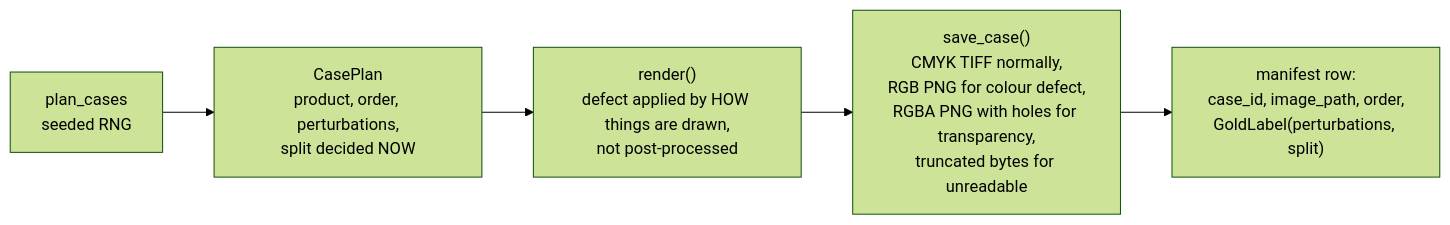
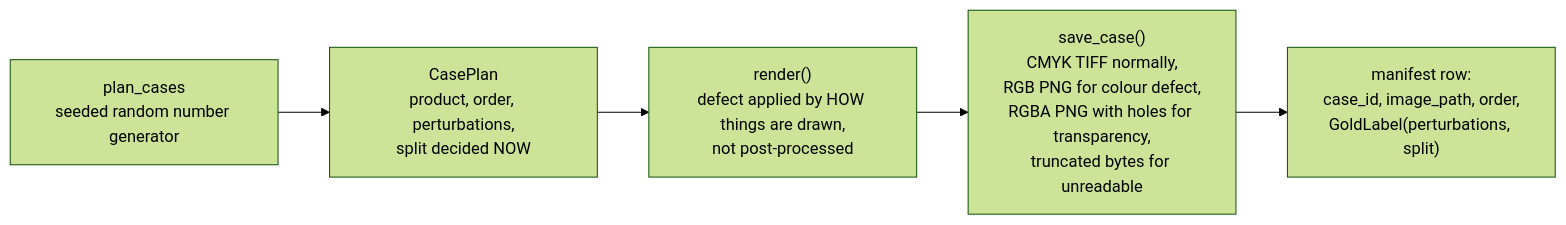
Before and after one commit to ashvolt/agents: diagram 16 of 16 in capstone/docs/learn.md, drawn with Mermaid (forest theme). The commit also changed other lines of this file, not shown here.

````diff
--- a/capstone/docs/learn.md
+++ b/capstone/docs/learn.md
@@ -806,7 +823,7 @@
 ```mermaid
 flowchart LR
-    P[plan_cases<br/>seeded RNG] --> CP["CasePlan<br/>product, order, perturbations,<br/>split decided NOW"]
+    P[plan_cases<br/>seeded random number generator] --> CP["CasePlan<br/>product, order, perturbations,<br/>split decided NOW"]
     CP --> R["render()<br/>defect applied by HOW things are drawn,<br/>not post-processed"]
     R --> S["save_case()<br/>CMYK TIFF normally,<br/>RGB PNG for colour defect,<br/>RGBA PNG with holes for transparency,<br/>truncated bytes for unreadable"]
     S --> M["manifest row:<br/>case_id, image_path, order,<br/>GoldLabel(perturbations, split)"]
 ```
````
